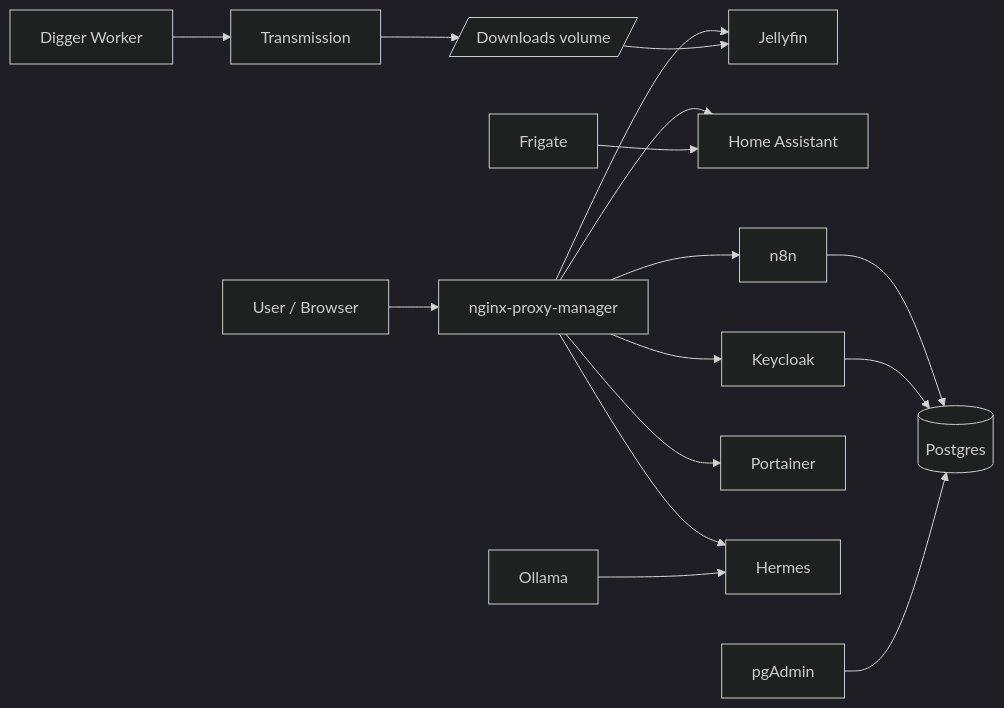
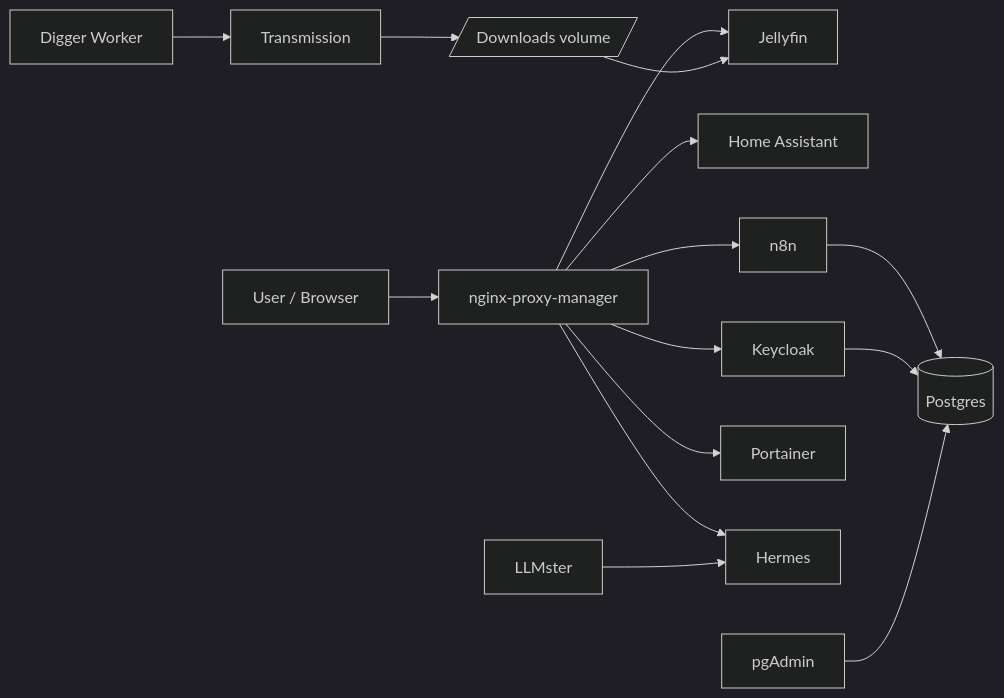
One commit to mouralx/homelab changed the first of 6 diagrams in readme.md. Above: the diagram before and after it, drawn with Mermaid (dark theme). The commit also changed other lines of this file and 11 other files, not shown here.

Commit message:
feat: update architecture and configuration for LLMster and Honcho services; add entrypoint scripts

````diff
--- a/readme.md
+++ b/readme.md
@@ -37,21 +37,20 @@
 ```mermaid
 flowchart LR
     User[User / Browser] --> NPM[nginx-proxy-manager]
     NPM --> Jellyfin[Jellyfin]
     NPM --> HomeAssistant[Home Assistant]
     NPM --> n8n[n8n]
     NPM --> Keycloak[Keycloak]
     NPM --> Portainer[Portainer]
     NPM --> Hermes[Hermes]
 
     Digger[Digger Worker] --> Transmission[Transmission]
     Transmission --> Downloads[/Downloads volume/]
     Downloads --> Jellyfin
 
     n8n --> Postgres[(Postgres)]
     Keycloak --> Postgres
     pgAdmin[pgAdmin] --> Postgres
 
-    Ollama[Ollama] --> Hermes
-    Frigate[Frigate] --> HomeAssistant
+    LLMster[LLMster] --> Hermes
 ```
````
